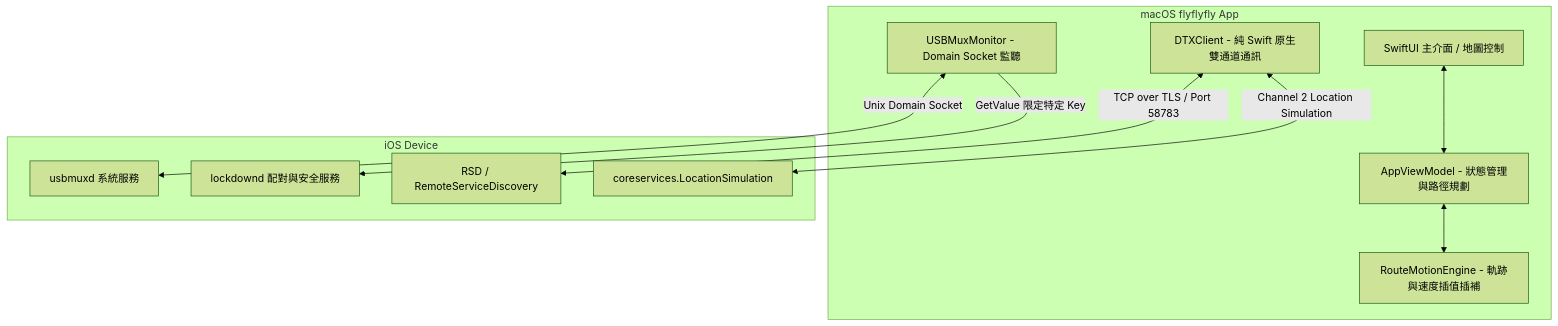
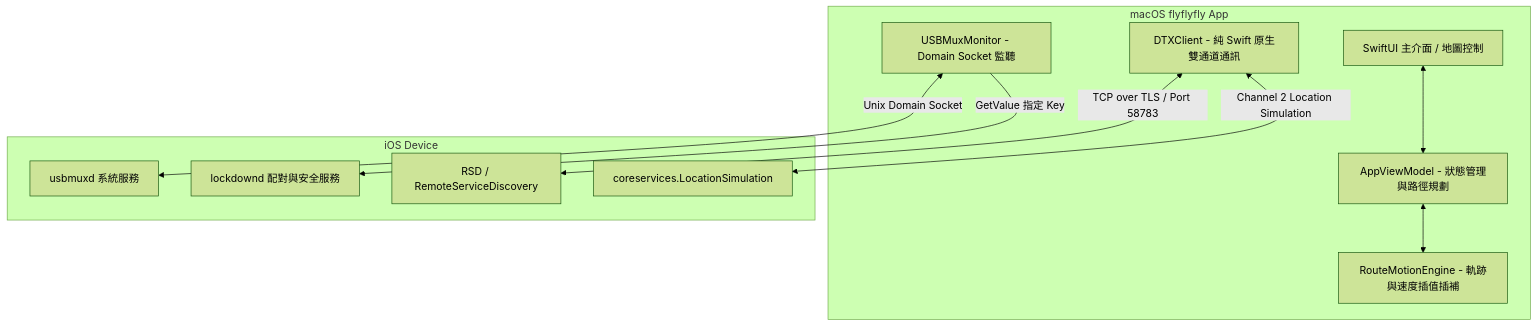
The first of 2 diagrams in docs/FunctionalSpecification.md (yusenhan/flyflyfly), drawn with Mermaid (forest theme) before and after one commit. The commit also changed other lines of this file and 11 other files, not shown here.

````diff
--- a/docs/FunctionalSpecification.md
+++ b/docs/FunctionalSpecification.md
@@ -18,25 +18,25 @@
 ```mermaid
 graph TD
     subgraph macOS flyflyfly App
         UI[SwiftUI 主介面 / 地圖控制]
         VM[AppViewModel - 狀態管理與路徑規劃]
         Engine[RouteMotionEngine - 軌跡與速度插值插補]
         Monitor[USBMuxMonitor - Domain Socket 監聽]
         DTX[DTXClient - 純 Swift 原生雙通道通訊]
     end
 
     subgraph iOS Device
         Daemon[usbmuxd 系統服務]
         Lockdownd[lockdownd 配對與安全服務]
         RSD[RSD / RemoteServiceDiscovery]
         LocationSim[coreservices.LocationSimulation]
     end
 
     %% 系統交互連線
     UI <--> VM
     VM <--> Engine
     Monitor <-->|Unix Domain Socket| Daemon
-    Monitor -->|GetValue 限定特定 Key| Lockdownd
+    Monitor -->|GetValue 指定 Key| Lockdownd
     DTX <-->|TCP over TLS / Port 58783| RSD
     DTX <-->|Channel 2 Location Simulation| LocationSim
 ```
````
